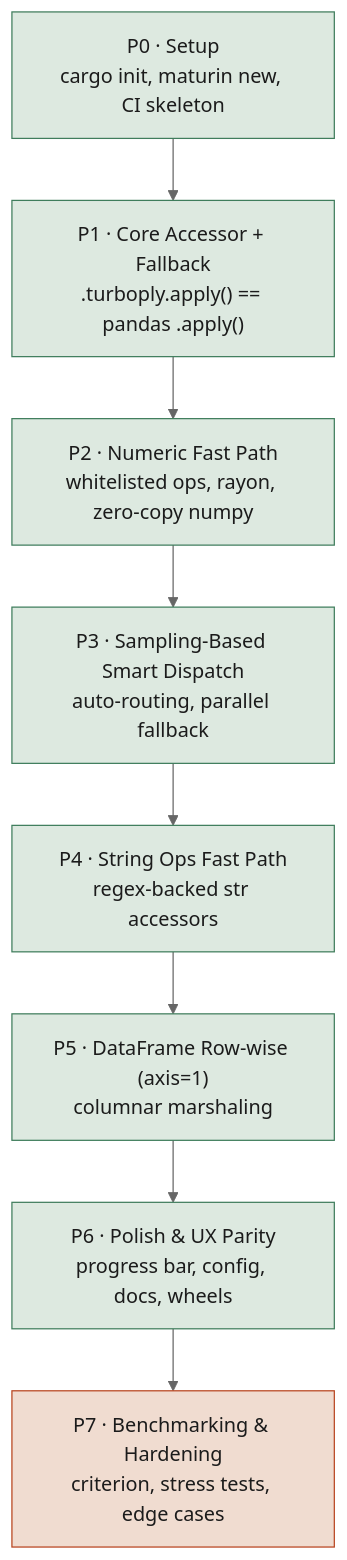
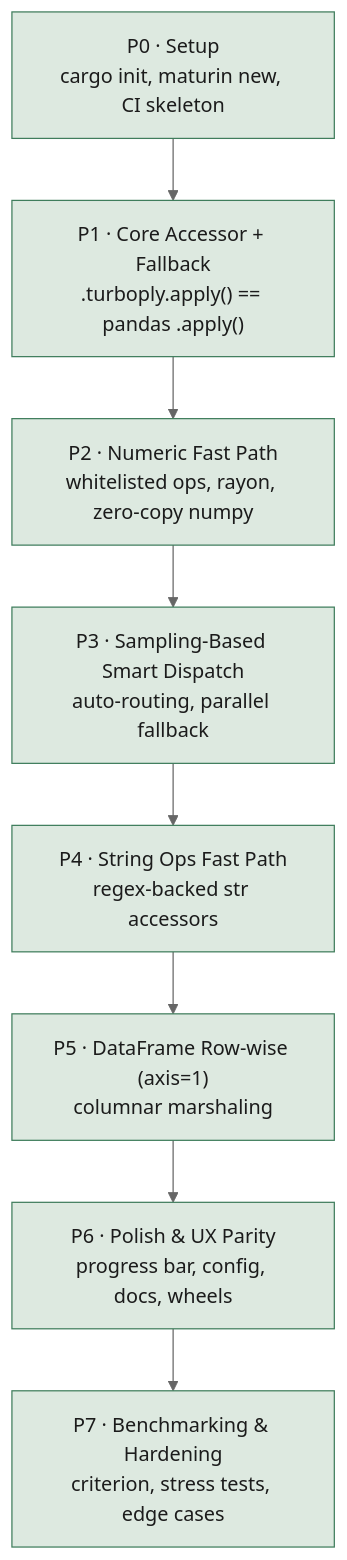
The diagram in claude.md (P-Sudhakar-tech/FastApply), drawn with Mermaid (neutral theme) before and after one commit. The commit also changed other lines of this file and 13 other files, not shown here.

````diff
--- a/claude.md
+++ b/claude.md
@@ -104,17 +113,16 @@
 ```mermaid
 flowchart TD
     P0["P0 · Setup\ncargo init, maturin new, CI skeleton"] --> P1
     P1["P1 · Core Accessor + Fallback\n.turboply.apply() == pandas .apply()"] --> P2
     P2["P2 · Numeric Fast Path\nwhitelisted ops, rayon, zero-copy numpy"] --> P3
     P3["P3 · Sampling-Based Smart Dispatch\nauto-routing, parallel fallback"] --> P4
     P4["P4 · String Ops Fast Path\nregex-backed str accessors"] --> P5
     P5["P5 · DataFrame Row-wise (axis=1)\ncolumnar marshaling"] --> P6
     P6["P6 · Polish & UX Parity\nprogress bar, config, docs, wheels"] --> P7
     P7["P7 · Benchmarking & Hardening\ncriterion, stress tests, edge cases"]
 
     classDef done fill:#dde9e0,stroke:#3f7d5c,color:#1b1b1b;
     classDef next fill:#f0dcd0,stroke:#b8441f,color:#1b1b1b;
     classDef planned fill:#eae5db,stroke:#9c9284,color:#1b1b1b;
-    class P0,P1,P2,P3,P4,P5,P6 done;
-    class P7 next;
+    class P0,P1,P2,P3,P4,P5,P6,P7 done;
 ```
````
